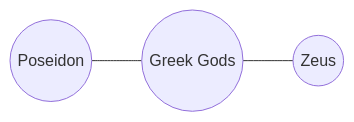
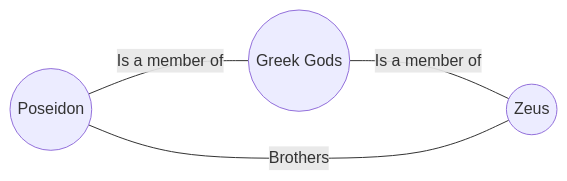
Before and after one commit to tykangler/Atlas: the diagram in design.md, drawn with Mermaid.

````diff
--- a/design.md
+++ b/design.md
@@ -10,4 +10,5 @@
 ```mermaid
 flowchart LR
-   P((Poseidon)) --- G((Greek Gods)) --- Z((Zeus));
+   P((Poseidon))---|Is a member of|G((Greek Gods))---|Is a member of|Z((Zeus));
+   P---|Brothers|Z
 ```
````
